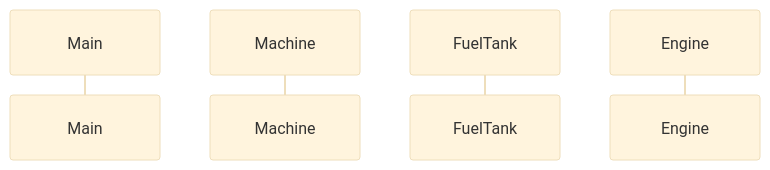
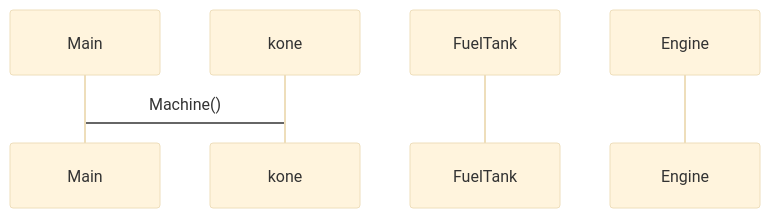
Before and after one commit to sohvip/ot-harjoitustyo: the diagram in laskarit/viikko3/sekvenssikaavio.md, drawn with Mermaid (base theme).

````diff
--- a/laskarit/viikko3/sekvenssikaavio.md
+++ b/laskarit/viikko3/sekvenssikaavio.md
@@ -1,7 +1,8 @@
 ```mermaid
   sequenceDiagram
       participant Main
-      participant Machine
+      participant kone
       participant FuelTank
       participant Engine
+      Main -> kone: Machine()
 ```
````
